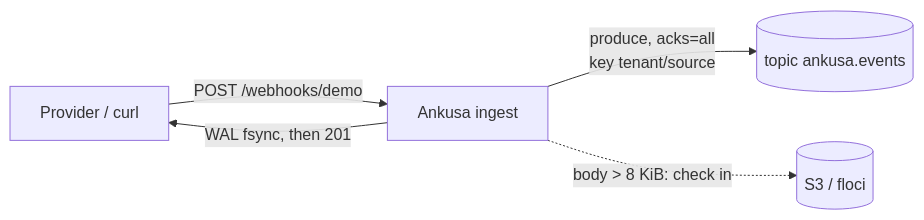
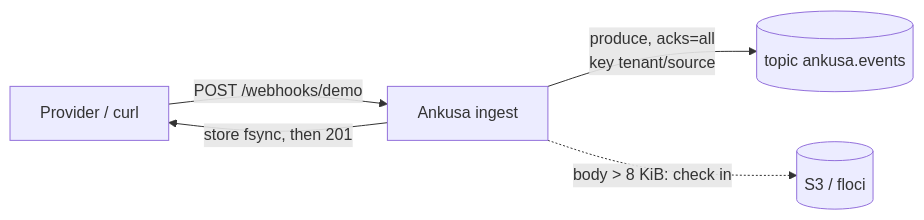
One commit to jamescarr/ankusa changed the second of 4 diagrams in examples/kafka-sqs-consumer/README.md. Above: the diagram before and after it, drawn with Mermaid. The commit also changed other lines of this file and 129 other files, not shown here.

Commit message:
feat(store)!: one RocksDB store replaces the WAL, DLQ and state files (#54)

````diff
--- a/examples/kafka-sqs-consumer/README.md
+++ b/examples/kafka-sqs-consumer/README.md
@@ -22,7 +22,7 @@
 ```mermaid
 flowchart LR
     P[Provider / curl] -->|POST /webhooks/demo| I[Ankusa ingest]
-    I -->|WAL fsync, then 201| P
+    I -->|store fsync, then 201| P
     I -->|"produce, acks=all\nkey tenant/source"| K[("topic ankusa.events")]
     I -.->|"body > 8 KiB: check in"| S[(S3 / floci)]
 ```
````
